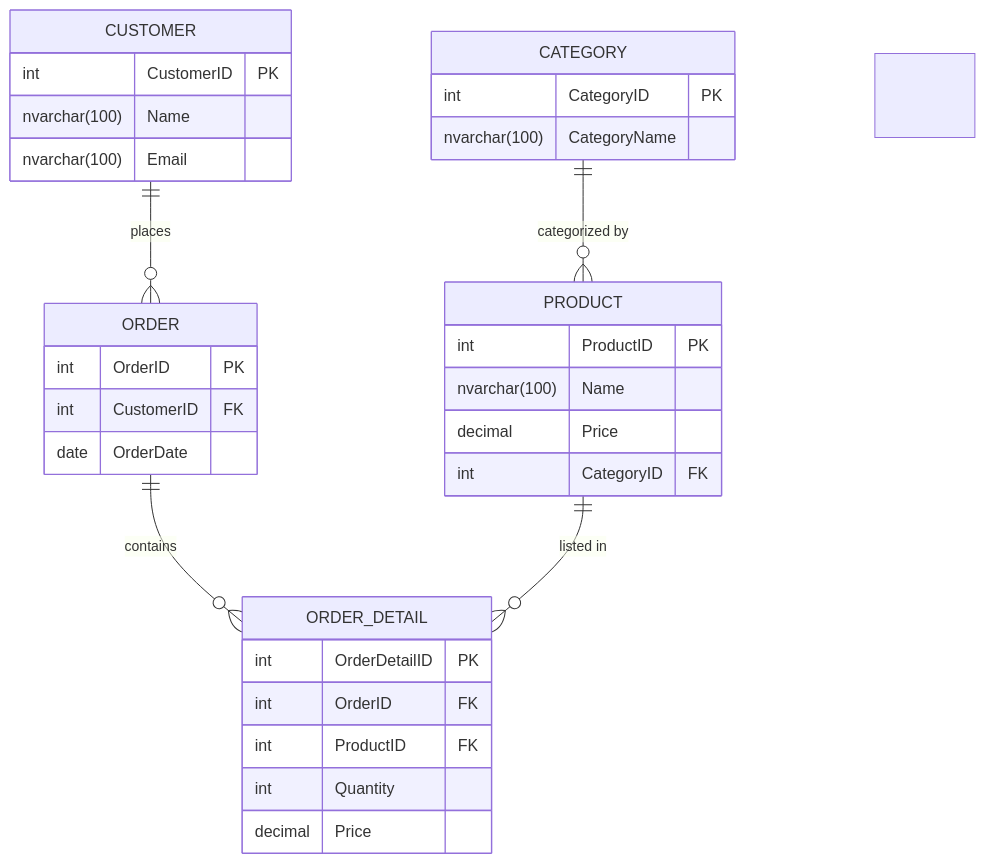
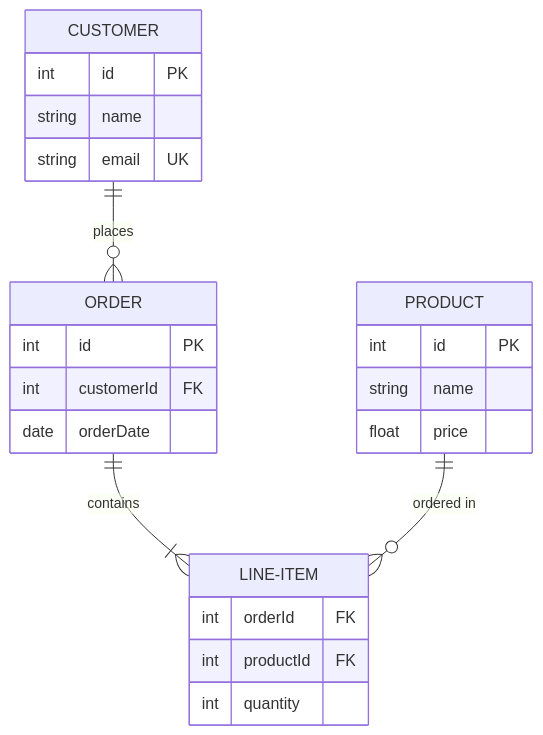
The sixth of 11 diagrams in GI/BDA/Lecture notes/① Meaning of Bytes/Mermaid erDiagram.md (altinum/softeng), drawn with Mermaid before and after one commit. The commit also changed other lines of this file and 2 other files, not shown here.

````diff
--- a/GI/BDA/Lecture notes/① Meaning of Bytes/Mermaid erDiagram.md
+++ b/GI/BDA/Lecture notes/① Meaning of Bytes/Mermaid erDiagram.md
@@ -58,39 +93,27 @@
-``` mermaid
-erDiagram  
-    CATEGORY {  
-        int CategoryID PK  
-        nvarchar(100) CategoryName  
-    }  
+```mermaid
+erDiagram
+    CUSTOMER ||--o{ ORDER : places
+    ORDER ||--|{ LINE-ITEM : contains
+    PRODUCT ||--o{ LINE-ITEM : "ordered in"
 
-    CUSTOMER {  
-        int CustomerID PK  
-        nvarchar(100) Name  
-        nvarchar(100) Email  
-    }  
-​  
-    ORDER_DETAIL {  
-        int OrderDetailID PK  
-        int OrderID FK  
-        int ProductID FK  
-        int Quantity  
-        decimal Price  
-    }  
-​  
-    ORDER {  
-        int OrderID PK  
-        int CustomerID FK  
-        date OrderDate  
-    }  
-​  
-    PRODUCT {  
-        int ProductID PK  
-        nvarchar(100) Name  
-        decimal Price  
-        int CategoryID FK  
-    }  
-​  
-    CUSTOMER ||--o{ ORDER : "places"  
-    ORDER ||--o{ ORDER_DETAIL : "contains"  
-    PRODUCT ||--o{ ORDER_DETAIL : "listed in"  
-    CATEGORY ||--o{ PRODUCT : "categorized by"  
+    CUSTOMER {
+        int id PK
+        string name
+        string email UK
+    }
+    ORDER {
+        int id PK
+        int customerId FK
+        date orderDate
+    }
+    LINE-ITEM {
+        int orderId FK
+        int productId FK
+        int quantity
+    }
+    PRODUCT {
+        int id PK
+        string name
+        float price
+    }
 ```
````
